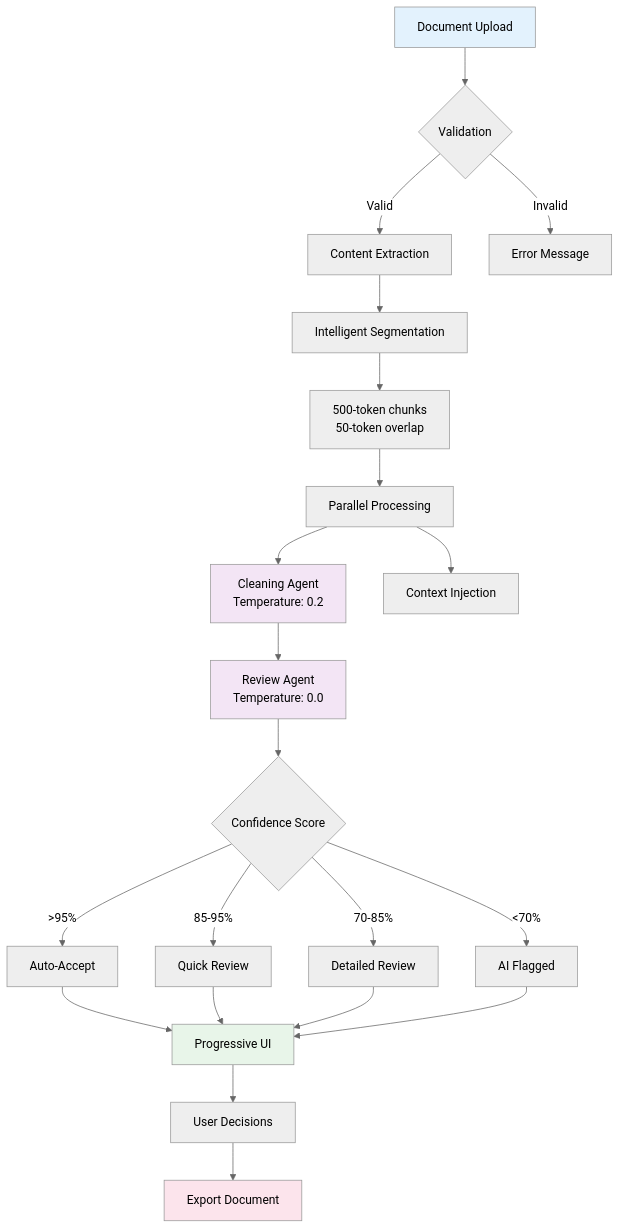
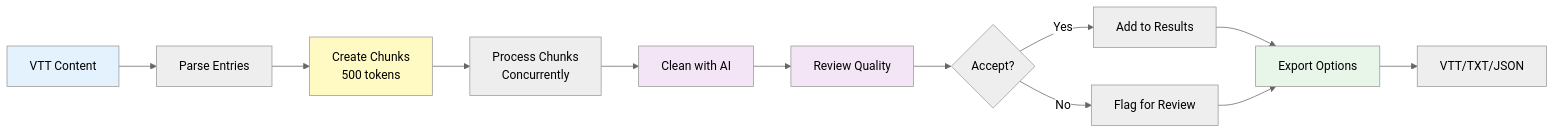
One commit to denim-bluu/meeting_transcripts_cleaner changed the third of 3 diagrams in README.md. Above: the diagram before and after it, drawn with Mermaid (neutral theme). The commit also changed other lines of this file and 52 other files, not shown here.

Commit message:
refactor: new architecture

````diff
--- a/README.md
+++ b/README.md
@@ -126,35 +132,24 @@
 ```mermaid
-flowchart TD
-    A[Document Upload] --> B{Validation}
-    B -->|Valid| C[Content Extraction]
-    B -->|Invalid| X[Error Message]
+flowchart LR
+    A[VTT Content] --> B[Parse Entries]
+    B --> C[Create Chunks<br/>500 tokens]
+    C --> D[Process Chunks<br/>Concurrently]
 
-    C --> D[Intelligent Segmentation]
-    D --> E[500-token chunks<br/>50-token overlap]
+    D --> E[Clean with AI]
+    E --> F[Review Quality]
+    F --> G{Accept?}
 
-    E --> F[Parallel Processing]
-    F --> G[Cleaning Agent<br/>Temperature: 0.2]
-    F --> H[Context Injection]
+    G -->|Yes| H[Add to Results]
+    G -->|No| I[Flag for Review]
 
-    G --> I[Review Agent<br/>Temperature: 0.0]
-    I --> J{Confidence Score}
+    H --> J[Export Options]
+    I --> J
 
-    J -->|>95%| K[Auto-Accept]
-    J -->|85-95%| L[Quick Review]
-    J -->|70-85%| M[Detailed Review]
-    J -->|<70%| N[AI Flagged]
-
-    K --> O[Progressive UI]
-    L --> O
-    M --> O
-    N --> O
-
-    O --> P[User Decisions]
-    P --> Q[Export Document]
+    J --> K[VTT/TXT/JSON]
 
     style A fill:#e3f2fd
-    style G fill:#f3e5f5
-    style I fill:#f3e5f5
-    style O fill:#e8f5e9
-    style Q fill:#fce4ec
+    style C fill:#fff9c4
+    style E fill:#f3e5f5
+    style F fill:#f3e5f5
+    style J fill:#e8f5e9
 ```
````
